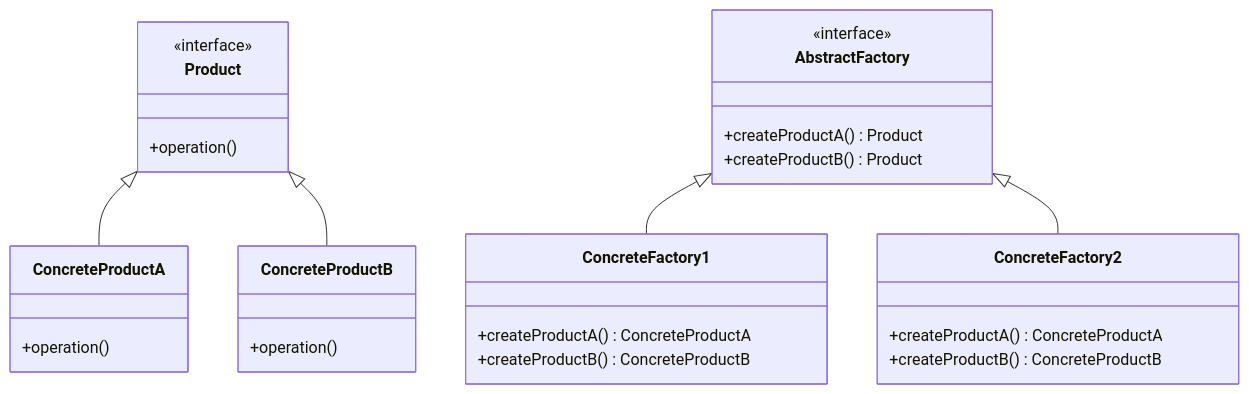
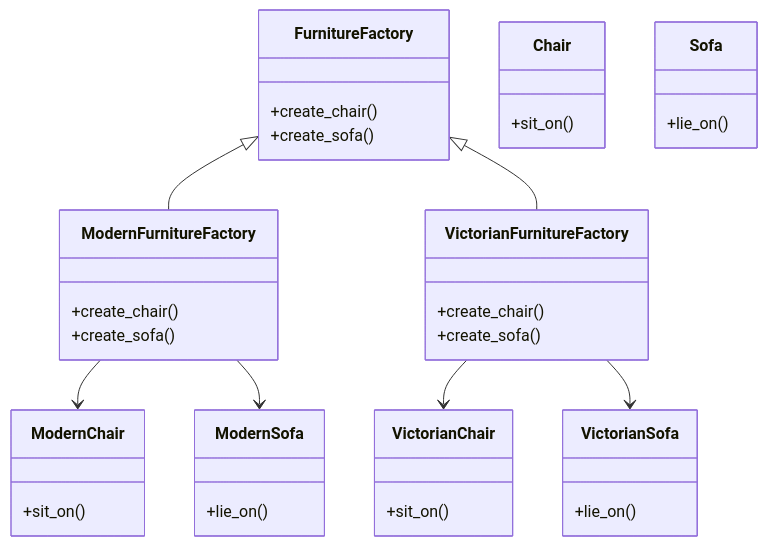
The fourth of 8 diagrams in articles/_designpattern/01_abstract_factory.md (42jerrykim/42jerrykim.github.io), drawn with Mermaid before and after one commit. The commit also changed other lines of this file and 1 other file, not shown here.

````diff
--- a/articles/_designpattern/01_abstract_factory.md
+++ b/articles/_designpattern/01_abstract_factory.md
@@ -814,36 +713,48 @@
 ```mermaid
 classDiagram
-    class Product {
-        <<interface>>
-        +operation()
+    class FurnitureFactory {
+        +create_chair()
+        +create_sofa()
     }
 
-    class ConcreteProductA {
-        +operation()
+    class ModernFurnitureFactory {
+        +create_chair()
+        +create_sofa()
     }
 
-    class ConcreteProductB {
-        +operation()
+    class VictorianFurnitureFactory {
+        +create_chair()
+        +create_sofa()
     }
 
-    class AbstractFactory {
-        <<interface>>
-        +createProductA() Product
-        +createProductB() Product
+    class Chair {
+        +sit_on()
     }
 
-    class ConcreteFactory1 {
-        +createProductA() ConcreteProductA
-        +createProductB() ConcreteProductB
+    class Sofa {
+        +lie_on()
     }
 
-    class ConcreteFactory2 {
-        +createProductA() ConcreteProductA
-        +createProductB() ConcreteProductB
+    class ModernChair {
+        +sit_on()
     }
 
-    AbstractFactory <|-- ConcreteFactory1
-    AbstractFactory <|-- ConcreteFactory2
-    Product <|-- ConcreteProductA
-    Product <|-- ConcreteProductB
+    class VictorianChair {
+        +sit_on()
+    }
+
+    class ModernSofa {
+        +lie_on()
+    }
+
+    class VictorianSofa {
+        +lie_on()
+    }
+
+    FurnitureFactory <|-- ModernFurnitureFactory
+    FurnitureFactory <|-- VictorianFurnitureFactory
+    ModernFurnitureFactory --> ModernChair
+    ModernFurnitureFactory --> ModernSofa
+    VictorianFurnitureFactory --> VictorianChair
+    VictorianFurnitureFactory --> VictorianSofa
 ```
````
